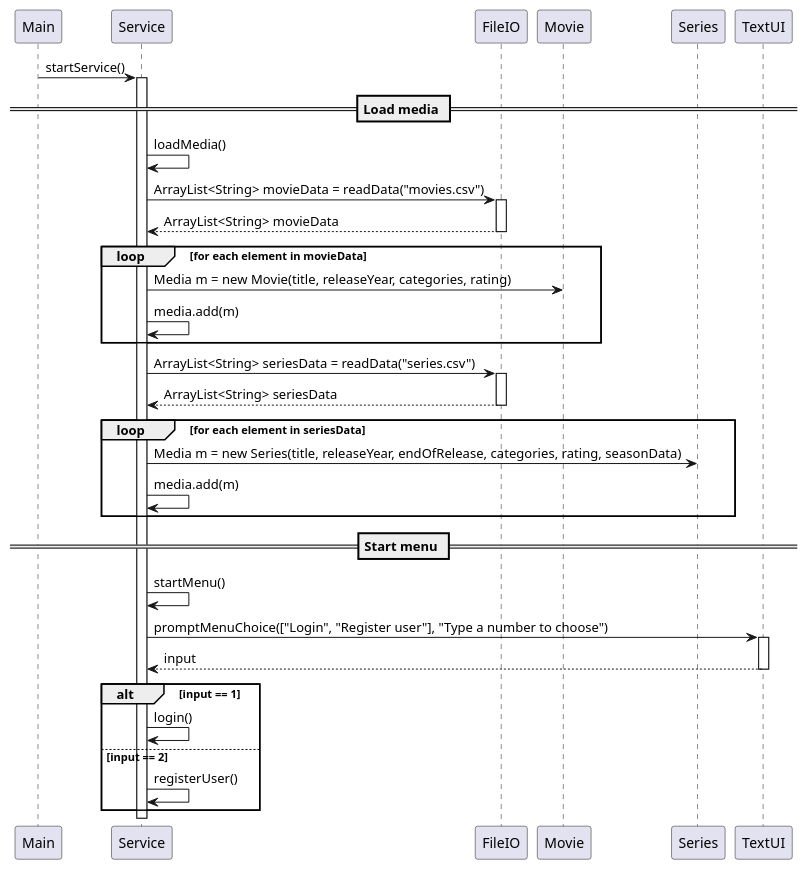
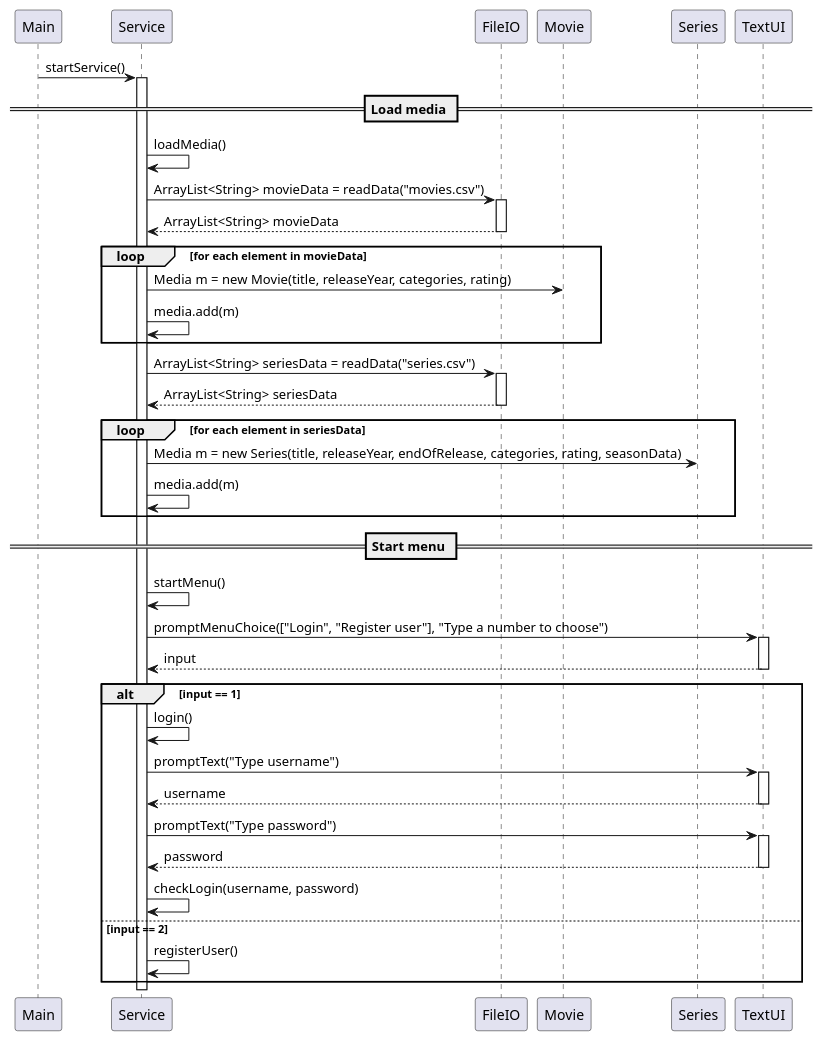
One commit to Andreas-dat/SP3-GruppeC changed the diagram in doc/sequence_startService.puml. Above: the diagram before and after it, drawn with PlantUML.

Commit message:
login added to sequence diagram

```diff
--- a/doc/sequence_startService.puml
+++ b/doc/sequence_startService.puml
@@ -1,45 +1,56 @@
 @startuml
 participant Main
 participant Service
 participant FileIO
 participant Movie
 participant Series
 
 Main -> Service : startService()
 activate Service
 == Load media ==
 Service -> Service : loadMedia()
 
 Service -> FileIO : ArrayList<String> movieData = readData("movies.csv")
 activate FileIO
 return ArrayList<String> movieData
 
 loop for each element in movieData
     Service -> Movie : Media m = new Movie(title, releaseYear, categories, rating)
     Service -> Service : media.add(m)
 end
 
 Service -> FileIO : ArrayList<String> seriesData = readData("series.csv")
 activate FileIO
 return ArrayList<String> seriesData
 
 loop for each element in seriesData
     Service -> Series : Media m = new Series(title, releaseYear, endOfRelease, categories, rating, seasonData)
     Service -> Service : media.add(m)
 end
 
 == Start menu ==
 Service -> Service : startMenu()
 Service -> TextUI : promptMenuChoice(["Login", "Register user"], "Type a number to choose")
 activate TextUI
 return input
 
 alt input == 1
     Service -> Service : login()
+    Service -> TextUI : promptText("Type username")
+    activate TextUI
+    return username
+
+    Service -> TextUI : promptText("Type password")
+    activate TextUI
+    return password
+
+    Service -> Service : checkLogin(username, password)
+
 
     else input == 2
     Service -> Service : registerUser()
 
+
 end
 
 @enduml
```
